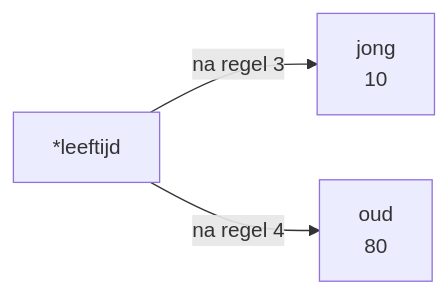
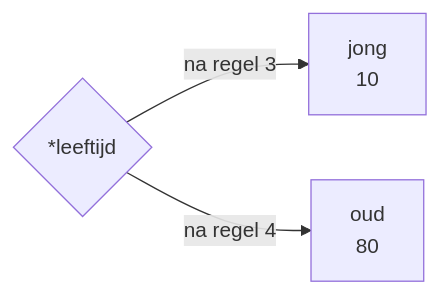
One commit to wgroeneveld/brainbaking changed the fourth of 6 diagrams in content/teaching/cpp/labo-2.md. Above: the diagram before and after it, drawn with Mermaid. The commit also changed other lines of this file and 4 other files, not shown here.

```diff
--- a/content/teaching/cpp/labo-2.md
+++ b/content/teaching/cpp/labo-2.md
@@ -56,5 +83,5 @@
 {{<mermaid>}}
 graph LR;
-    A[*leeftijd] -->|na regel 3| B[jong<br/>10]
+    A{*leeftijd} -->|na regel 3| B[jong<br/>10]
     A --> |na regel 4| C[oud<br/>80]
 {{< /mermaid >}}
```
